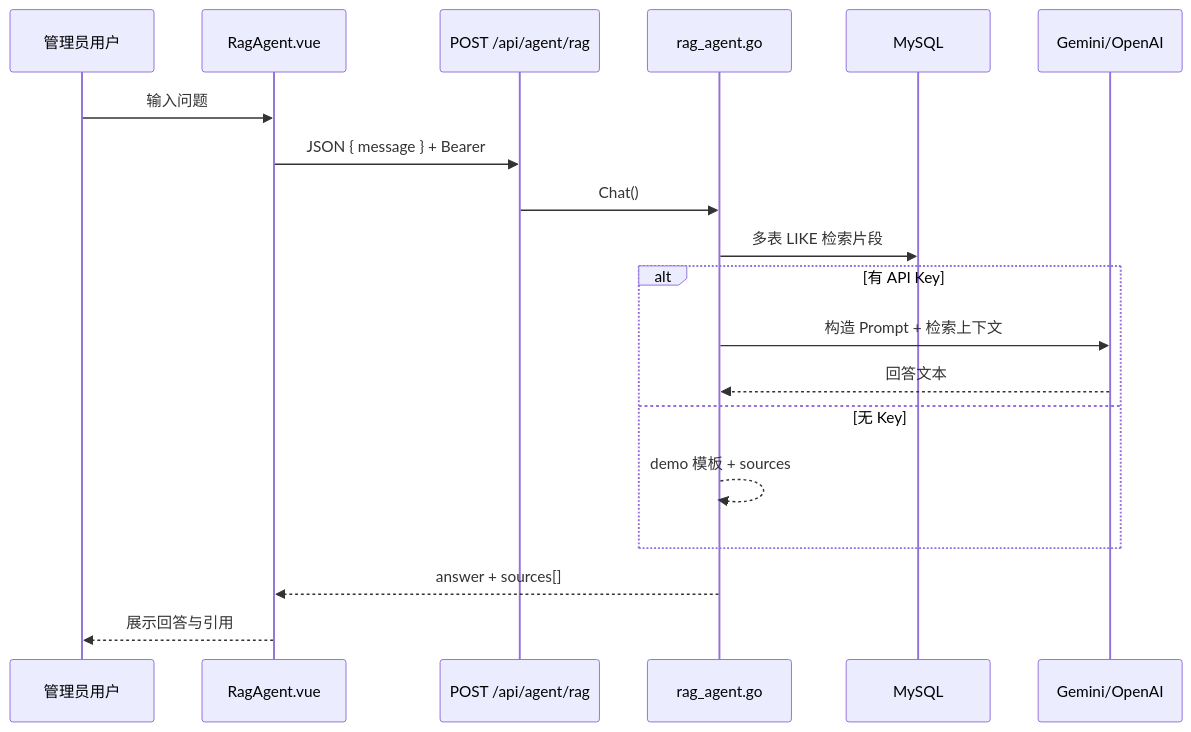
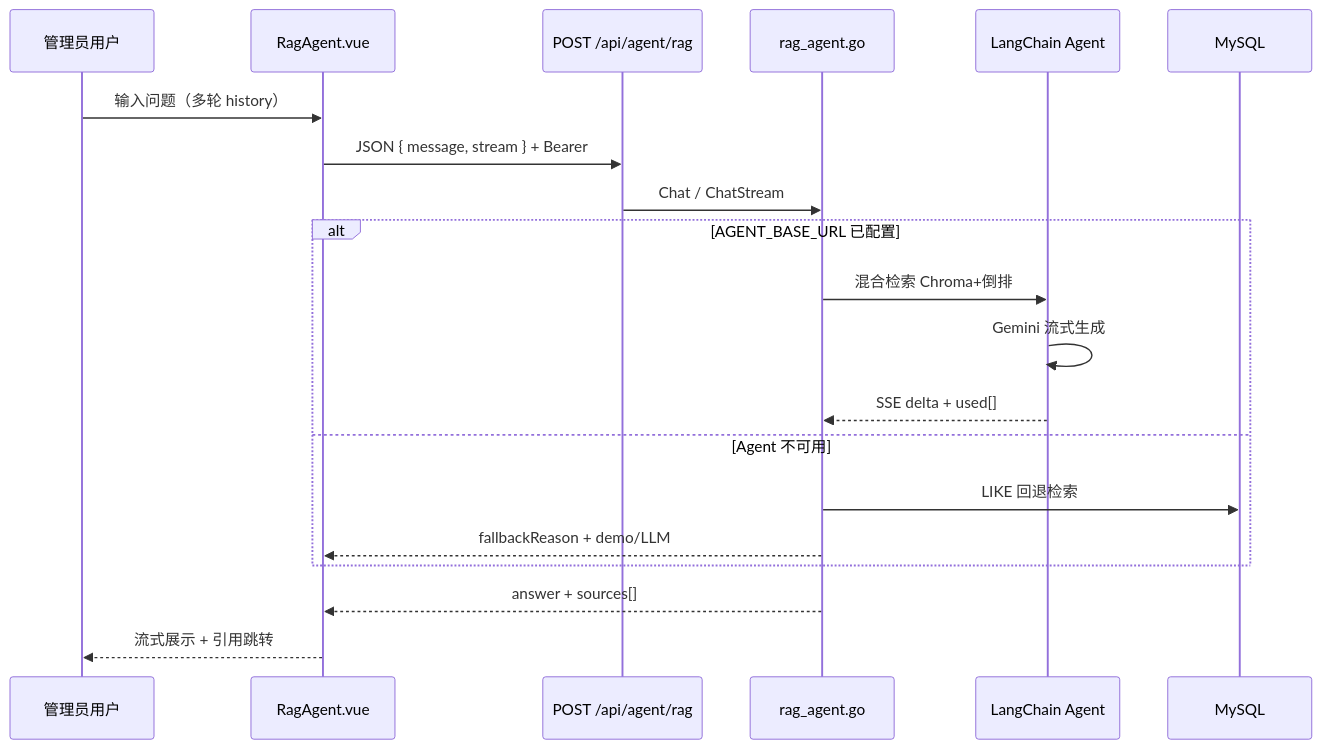
The second of 2 diagrams in 实训中期报告.md (Keranthos/shixun), drawn with Mermaid before and after one commit. The commit also changed other lines of this file and 505 other files, not shown here.

````diff
--- a/实训中期报告.md
+++ b/实训中期报告.md
@@ -389,22 +389,23 @@
 ```mermaid
 sequenceDiagram
   participant U as 管理员用户
   participant FE as RagAgent.vue
   participant API as POST /api/agent/rag
   participant S as rag_agent.go
+  participant AG as LangChain Agent
   participant DB as MySQL
-  participant LLM as Gemini/OpenAI
 
-  U->>FE: 输入问题
-  FE->>API: JSON { message } + Bearer
-  API->>S: Chat()
-  S->>DB: 多表 LIKE 检索片段
-  alt 有 API Key
-    S->>LLM: 构造 Prompt + 检索上下文
-    LLM-->>S: 回答文本
-  else 无 Key
-    S-->>S: demo 模板 + sources
+  U->>FE: 输入问题（多轮 history）
+  FE->>API: JSON { message, stream } + Bearer
+  API->>S: Chat / ChatStream
+  alt AGENT_BASE_URL 已配置
+    S->>AG: 混合检索 Chroma+倒排
+    AG->>AG: Gemini 流式生成
+    AG-->>S: SSE delta + used[]
+  else Agent 不可用
+    S->>DB: LIKE 回退检索
+    S-->>FE: fallbackReason + demo/LLM
   end
   S-->>FE: answer + sources[]
-  FE-->>U: 展示回答与引用
+  FE-->>U: 流式展示 + 引用跳转
 ```
````
